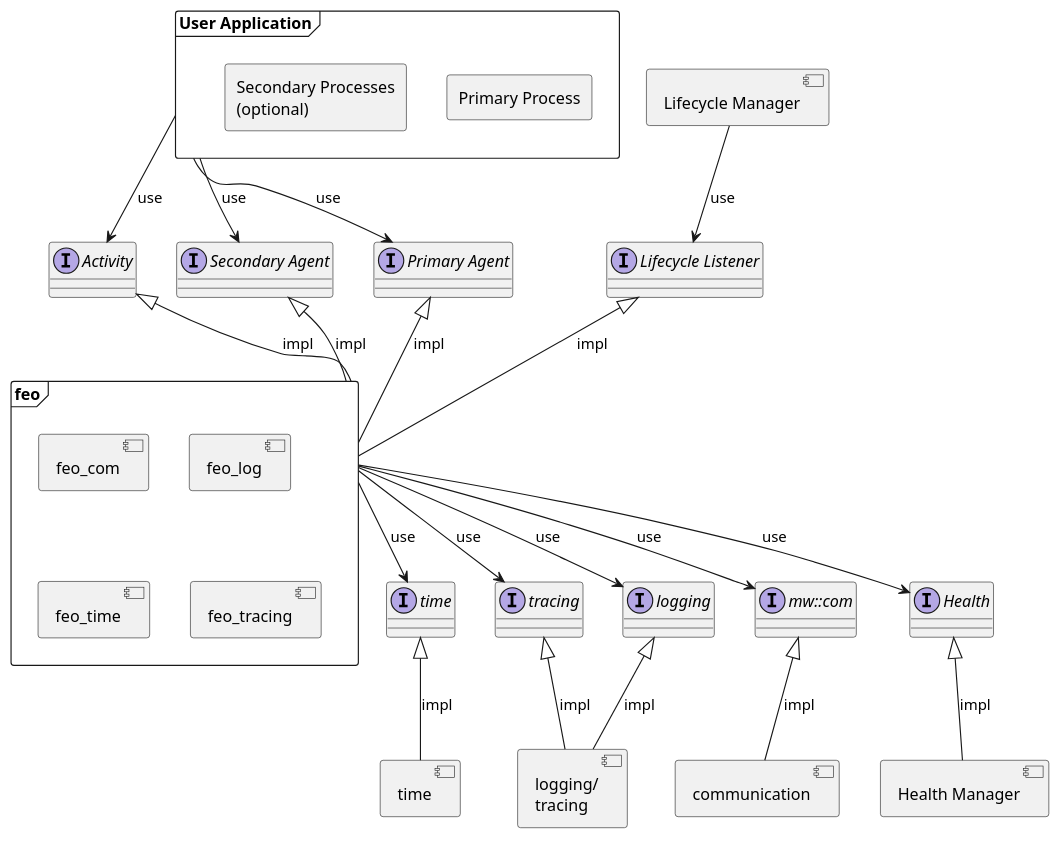
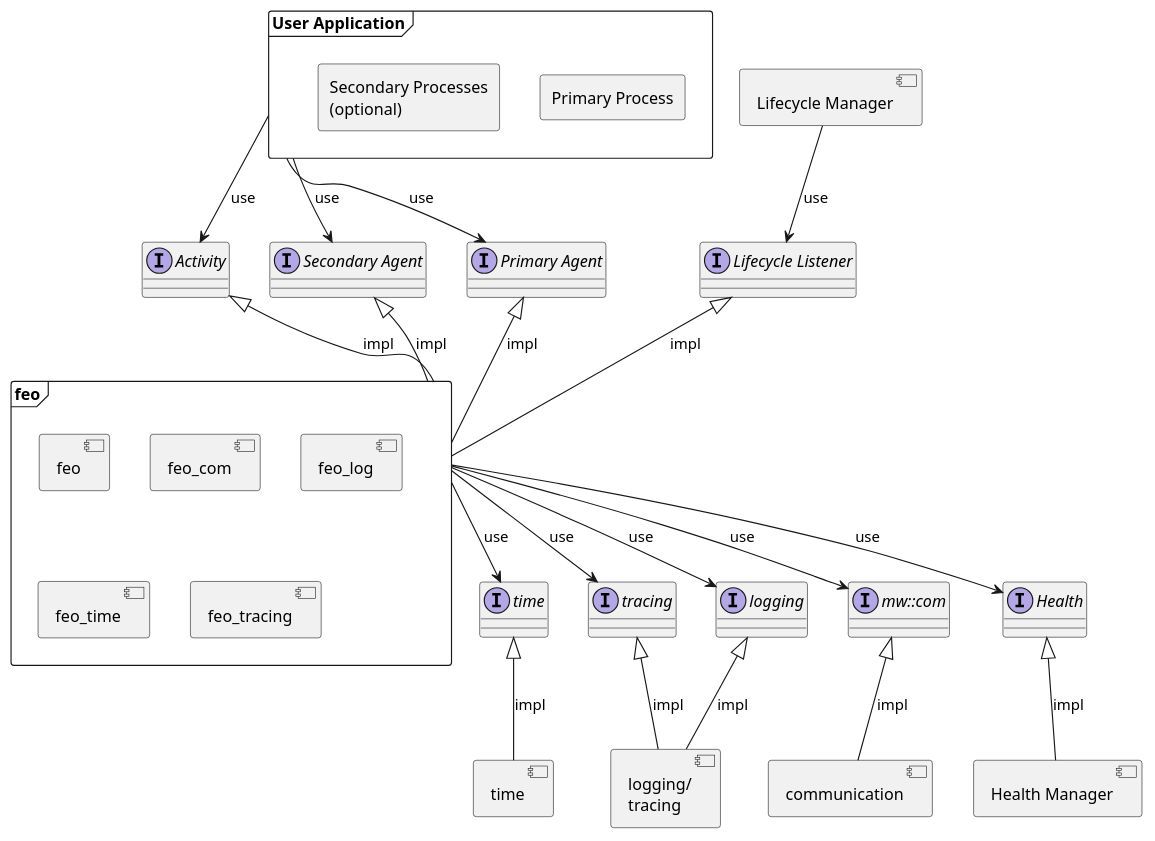
One commit to umaucher/score changed the diagram in docs/features/frameworks/feo/architecture/_assets/stat_arch.puml. Above: the diagram before and after it, drawn with PlantUML. The commit also changed 63 other files, not shown here.

```diff
--- a/docs/features/frameworks/feo/architecture/_assets/stat_arch.puml
+++ b/docs/features/frameworks/feo/architecture/_assets/stat_arch.puml
@@ -1,72 +1,73 @@
 /'
    # *******************************************************************************
    # Copyright (c) 2025 Contributors to the Eclipse Foundation
    #
    # See the NOTICE file(s) distributed with this work for additional
    # information regarding copyright ownership.
    #
    # This program and the accompanying materials are made available under the
    # terms of the Apache License Version 2.0 which is available at
    # https://www.apache.org/licenses/LICENSE-2.0
    #
    # SPDX-License-Identifier: Apache-2.0
    # *******************************************************************************
 '/
 allowmixing
 
 
 frame "User Application" as application {
     agent "Primary Process" as PP
     agent "Secondary Processes\n(optional)" as SP
 }
 
 component "Lifecycle Manager" as life_mgr
 component "Health Manager" as health_mgr
 
 component "communication" as com_mgr
 component "logging/\ntracing" as log_trace_mgr
 component "time" as time_mgr
 
 frame "feo" as feo {
+    component "feo"
     component "feo_com"
     component "feo_log"
     component "feo_time"
     component "feo_tracing"
 }
 
 interface "Activity" as activity {
 }
 interface "Primary Agent" as primary
 interface "Secondary Agent" as secondary
 
 interface "Health" as health
 interface "Lifecycle Listener" as lifecycle
 
 interface "mw::com" as mw_com
 interface "logging" as logging
 interface "tracing" as tracing
 interface "time" as time
 
 health_mgr -u-|> health: impl
 
 com_mgr -u-|> mw_com: impl
 log_trace_mgr -u-|> logging: impl
 log_trace_mgr -u-|> tracing: impl
 time_mgr -u-|> time: impl
 
 feo -u-|> primary: impl
 feo -u-|> secondary: impl
 feo -u-|> activity: impl
 feo -u-|> lifecycle: impl
 
 feo -d-> health: use
 feo -d-> mw_com: use
 feo -d-> logging: use
 feo -d-> tracing: use
 feo -d-> time: use
 
 application -d-> activity: use
 application -d-> secondary: use
 application -d-> primary: use
 
 life_mgr --> lifecycle: use
```
